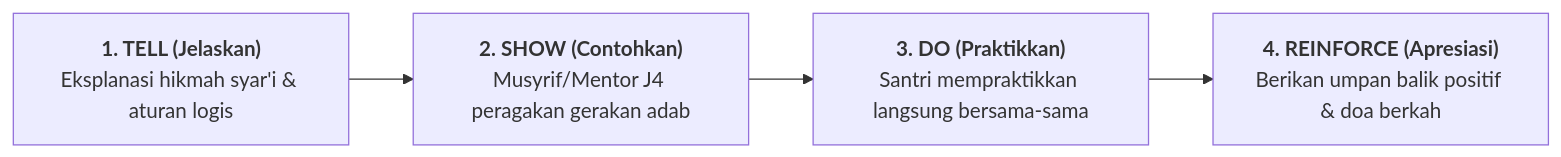
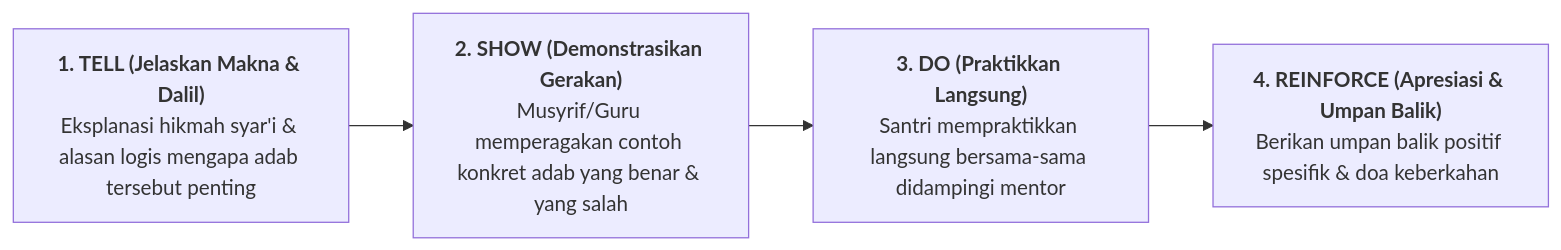
One commit to wandiapriliyandi/tumbuh changed the diagram in BOOK Series 2/Volume-04-Intervensi-PBIS-dan-Disiplin-Restoratif/Bab-02-Intervensi-Tier-1-Universal/01-Pengajaran-Eksplisit-Adab.md. Above: the diagram before and after it, drawn with Mermaid. The commit also changed other lines of this file and 61 other files, not shown here.

````diff
--- a/BOOK Series 2/Volume-04-Intervensi-PBIS-dan-Disiplin-Restoratif/Bab-02-Intervensi-Tier-1-Universal/01-Pengajaran-Eksplisit-Adab.md
+++ b/BOOK Series 2/Volume-04-Intervensi-PBIS-dan-Disiplin-Restoratif/Bab-02-Intervensi-Tier-1-Universal/01-Pengajaran-Eksplisit-Adab.md
@@ -13,6 +21,6 @@
 ```mermaid
 flowchart LR
-    E1["<b>1. TELL (Jelaskan)</b><br/>Eksplanasi hikmah syar'i & aturan logis"] --> E2["<b>2. SHOW (Contohkan)</b><br/>Musyrif/Mentor J4 peragakan gerakan adab"]
-    E2 --> E3["<b>3. DO (Praktikkan)</b><br/>Santri mempraktikkan langsung bersama-sama"]
-    E3 --> E4["<b>4. REINFORCE (Apresiasi)</b><br/>Berikan umpan balik positif & doa berkah"]
+    E1["<b>1. TELL (Jelaskan Makna & Dalil)</b><br/>Eksplanasi hikmah syar'i & alasan logis mengapa adab tersebut penting"] --> E2["<b>2. SHOW (Demonstrasikan Gerakan)</b><br/>Musyrif/Guru memperagakan contoh konkret adab yang benar & yang salah"]
+    E2 --> E3["<b>3. DO (Praktikkan Langsung)</b><br/>Santri mempraktikkan langsung bersama-sama didampingi mentor"]
+    E3 --> E4["<b>4. REINFORCE (Apresiasi & Umpan Balik)</b><br/>Berikan umpan balik positif spesifik & doa keberkahan"]
 ```
````
